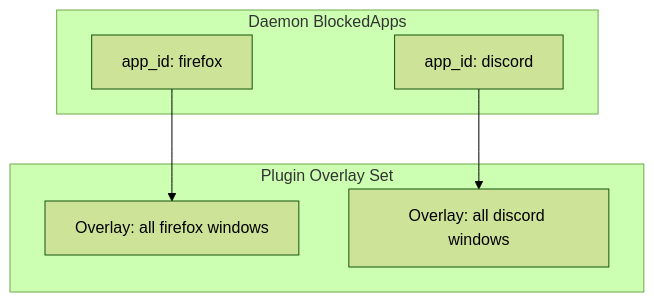
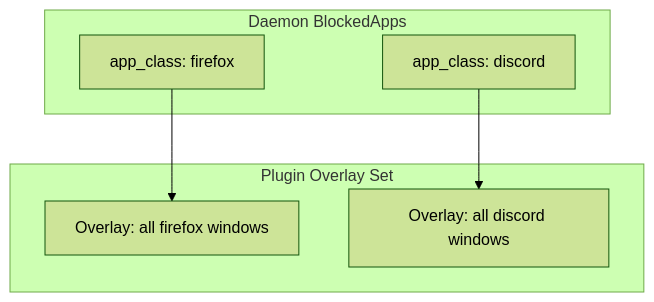
The fifth of 11 diagrams in docs/architecture/04-plugin-ipc.md (omar-khallaf/digital-wellbeing), drawn with Mermaid (forest theme) before and after one commit. The commit also changed other lines of this file and 132 other files, not shown here.

````diff
--- a/docs/architecture/04-plugin-ipc.md
+++ b/docs/architecture/04-plugin-ipc.md
@@ -139,15 +139,15 @@
 ```mermaid
 flowchart TD
     subgraph Daemon["Daemon BlockedApps"]
-        A[app_id: firefox]
-        B[app_id: discord]
+        A[app_class: firefox]
+        B[app_class: discord]
     end
 
     subgraph Plugin["Plugin Overlay Set"]
         C[Overlay: all firefox windows]
         D[Overlay: all discord windows]
     end
 
     A --> C
     B --> D
 ```
````
